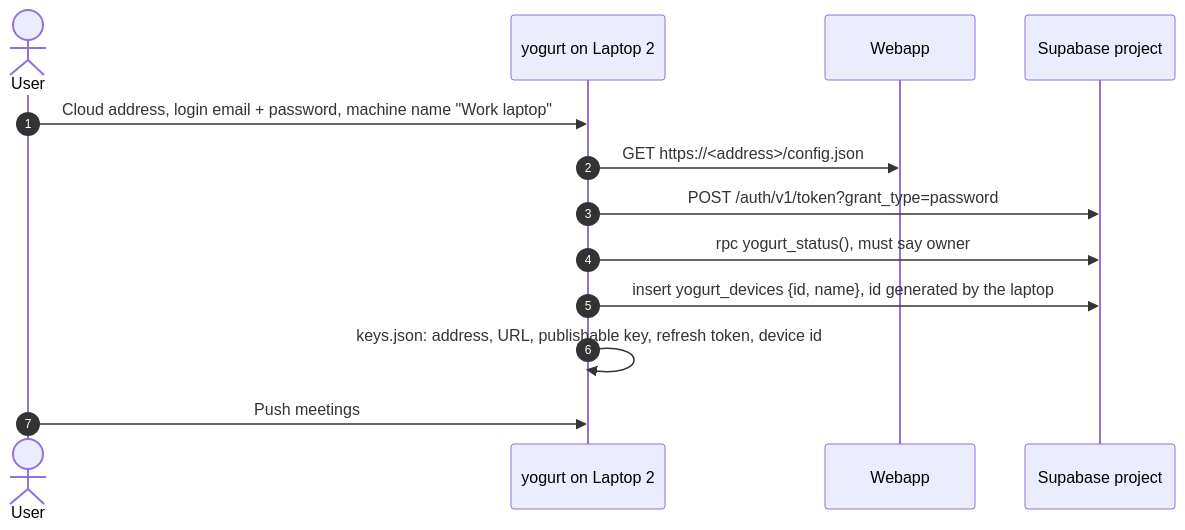
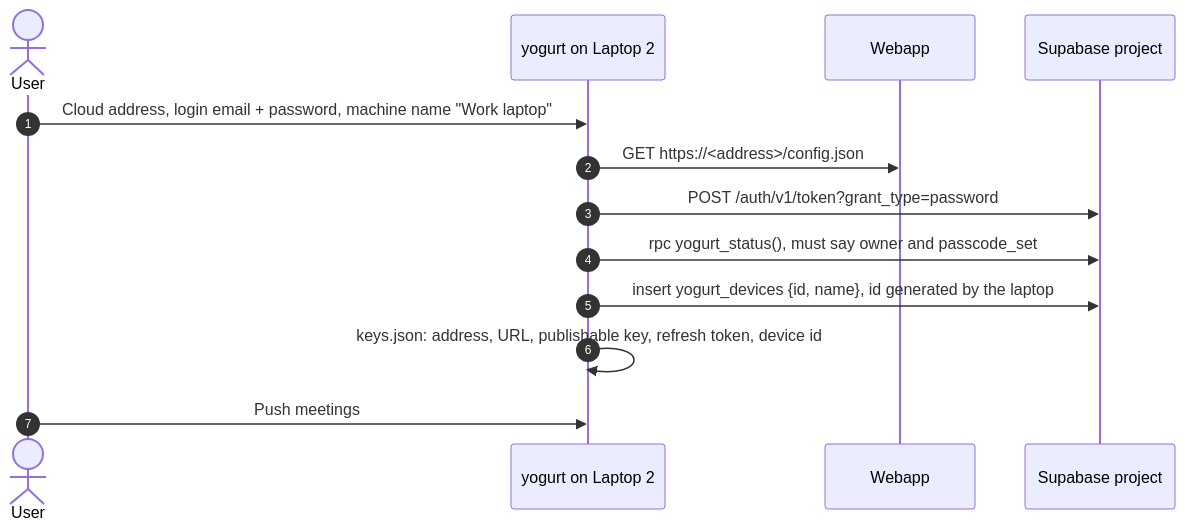
One commit to jarvisrchen/yogurt changed the fourth of 5 diagrams in docs/.planning/sync-cloud-mirror-design.md. Above: the diagram before and after it, drawn with Mermaid. The commit also changed other lines of this file and 47 other files, not shown here.

First line of the commit message:
SYNC-2: Rework yogurt-cloud for the passcode design (#153)

````diff
--- a/docs/.planning/sync-cloud-mirror-design.md
+++ b/docs/.planning/sync-cloud-mirror-design.md
@@ -155,16 +172,16 @@
 ```mermaid
 sequenceDiagram
   autonumber
   actor U as User
   participant Y as yogurt on Laptop 2
   participant V as Webapp
   participant P as Supabase project
 
   U->>Y: Cloud address, login email + password, machine name "Work laptop"
   Y->>V: GET https://<address>/config.json
   Y->>P: POST /auth/v1/token?grant_type=password
-  Y->>P: rpc yogurt_status(), must say owner
+  Y->>P: rpc yogurt_status(), must say owner and passcode_set
   Y->>P: insert yogurt_devices {id, name}, id generated by the laptop
   Y->>Y: keys.json: address, URL, publishable key, refresh token, device id
   U->>Y: Push meetings
 ```
````
